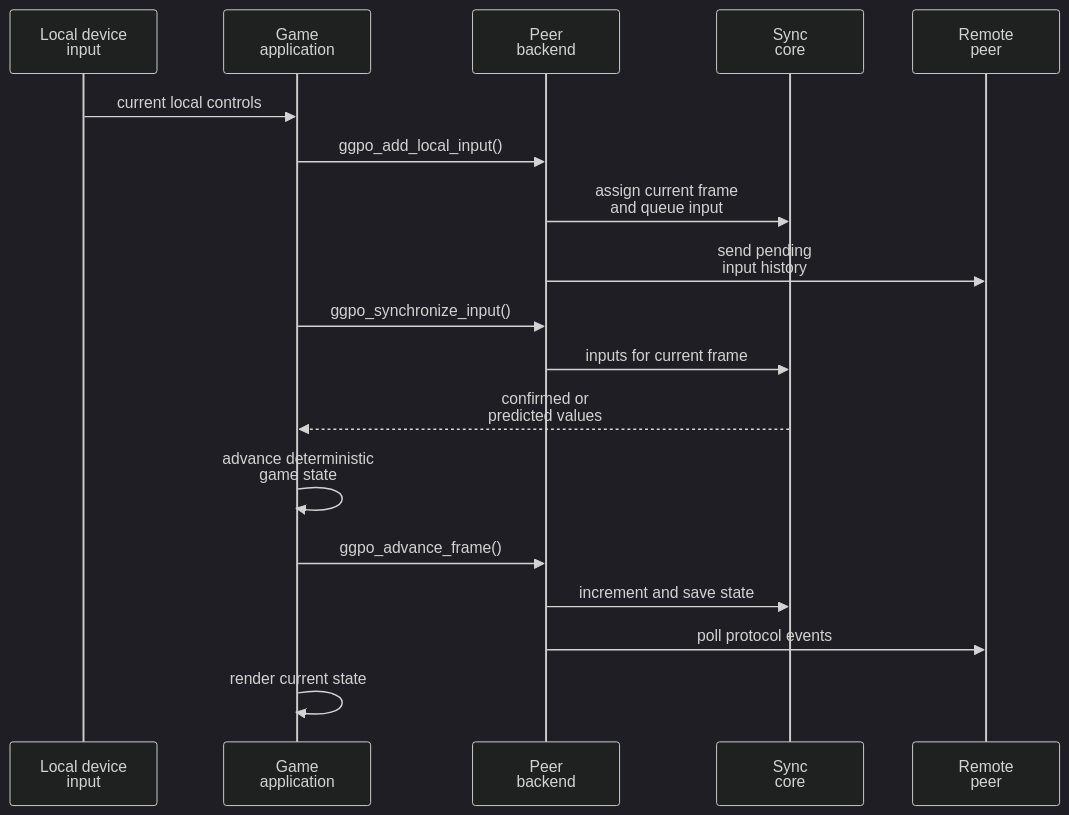
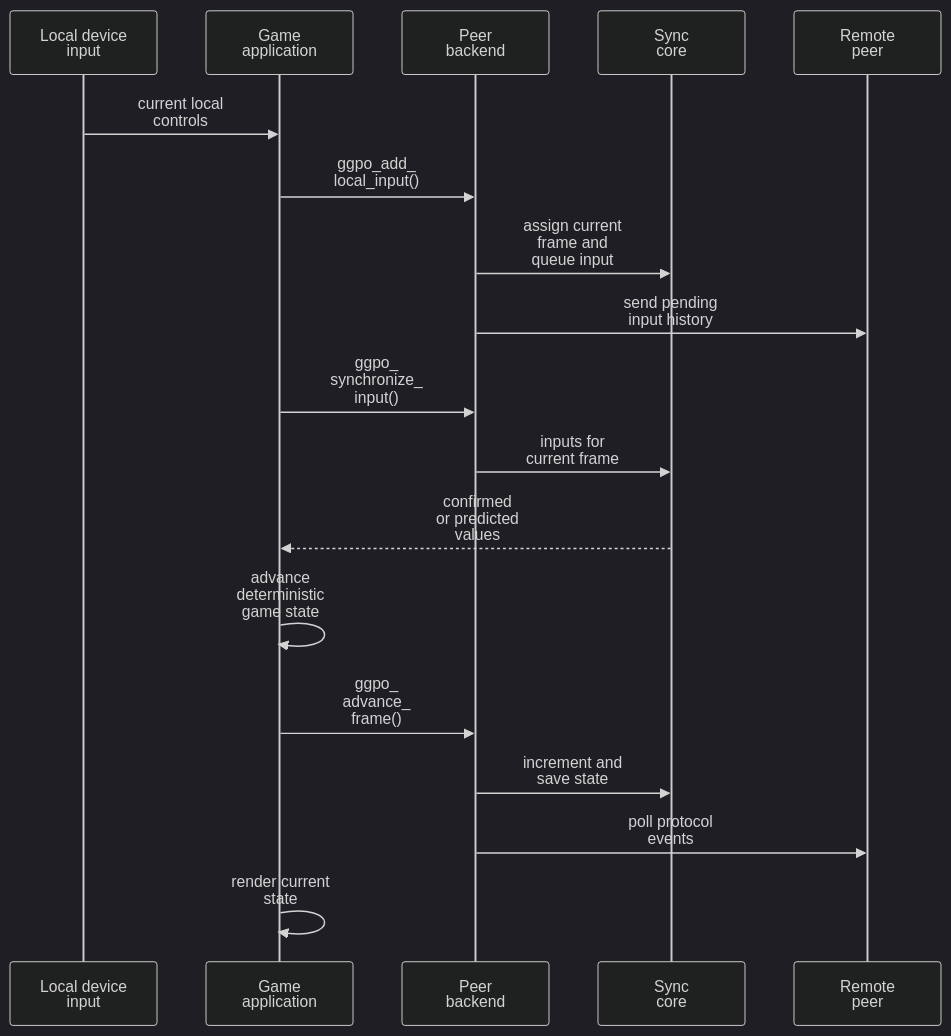
Before and after one commit to irregularthanis/ggpo-next: the second of 3 diagrams in doc/architecture/Runtime.md, drawn with Mermaid (dark theme). The commit also changed other lines of this file and 8 other files, not shown here.

Commit message:
docs: tighten all architecture diagram wrapping

````diff
--- a/doc/architecture/Runtime.md
+++ b/doc/architecture/Runtime.md
@@ -64,21 +64,21 @@
 ```mermaid
 sequenceDiagram
     participant Input as Local device<br/>input
     participant App as Game<br/>application
     participant P2P as Peer<br/>backend
     participant Sync as Sync<br/>core
     participant Peer as Remote<br/>peer
 
-    Input->>App: current local controls
-    App->>P2P: ggpo_add_local_input()
-    P2P->>Sync: assign current frame<br/>and queue input
+    Input->>App: current local<br/>controls
+    App->>P2P: ggpo_add_<br/>local_input()
+    P2P->>Sync: assign current<br/>frame and<br/>queue input
     P2P->>Peer: send pending<br/>input history
-    App->>P2P: ggpo_synchronize_input()
-    P2P->>Sync: inputs for current frame
-    Sync-->>App: confirmed or<br/>predicted values
-    App->>App: advance deterministic<br/>game state
-    App->>P2P: ggpo_advance_frame()
-    P2P->>Sync: increment and save state
-    P2P->>Peer: poll protocol events
-    App->>App: render current state
+    App->>P2P: ggpo_<br/>synchronize_<br/>input()
+    P2P->>Sync: inputs for<br/>current frame
+    Sync-->>App: confirmed<br/>or predicted<br/>values
+    App->>App: advance<br/>deterministic<br/>game state
+    App->>P2P: ggpo_<br/>advance_<br/>frame()
+    P2P->>Sync: increment and<br/>save state
+    P2P->>Peer: poll protocol<br/>events
+    App->>App: render current<br/>state
 ```
````
